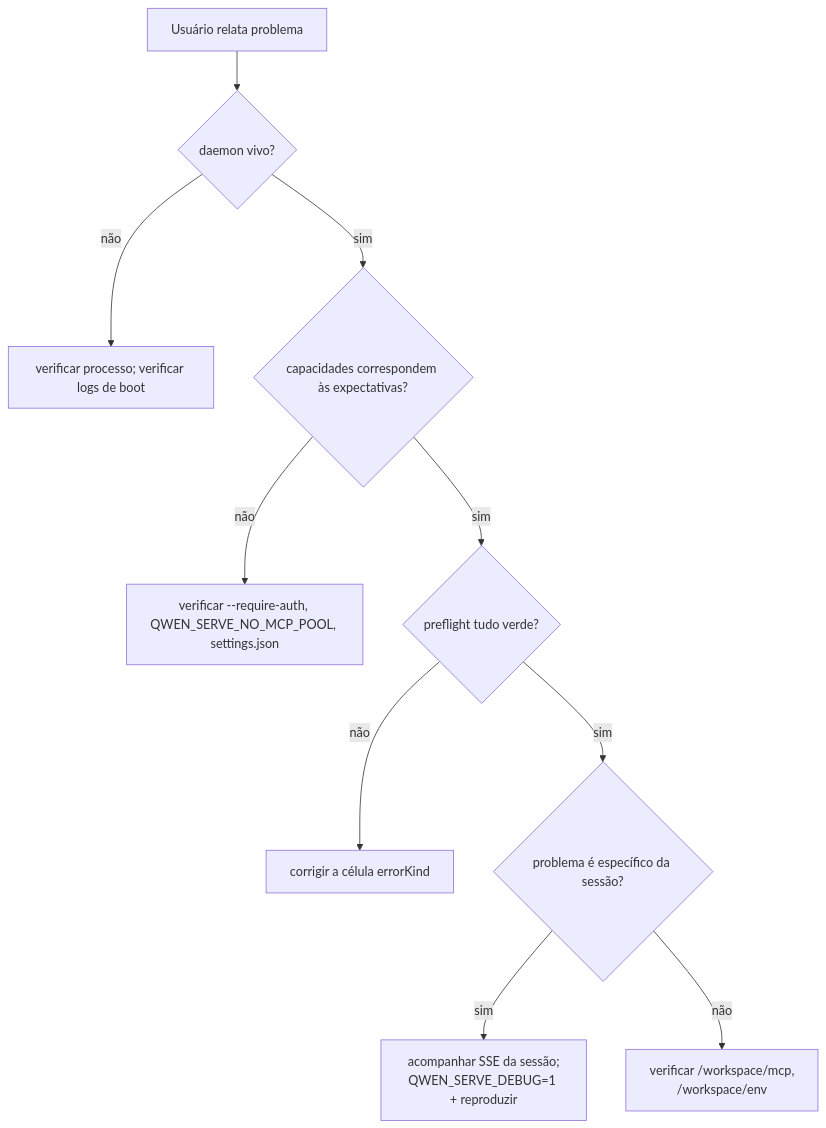
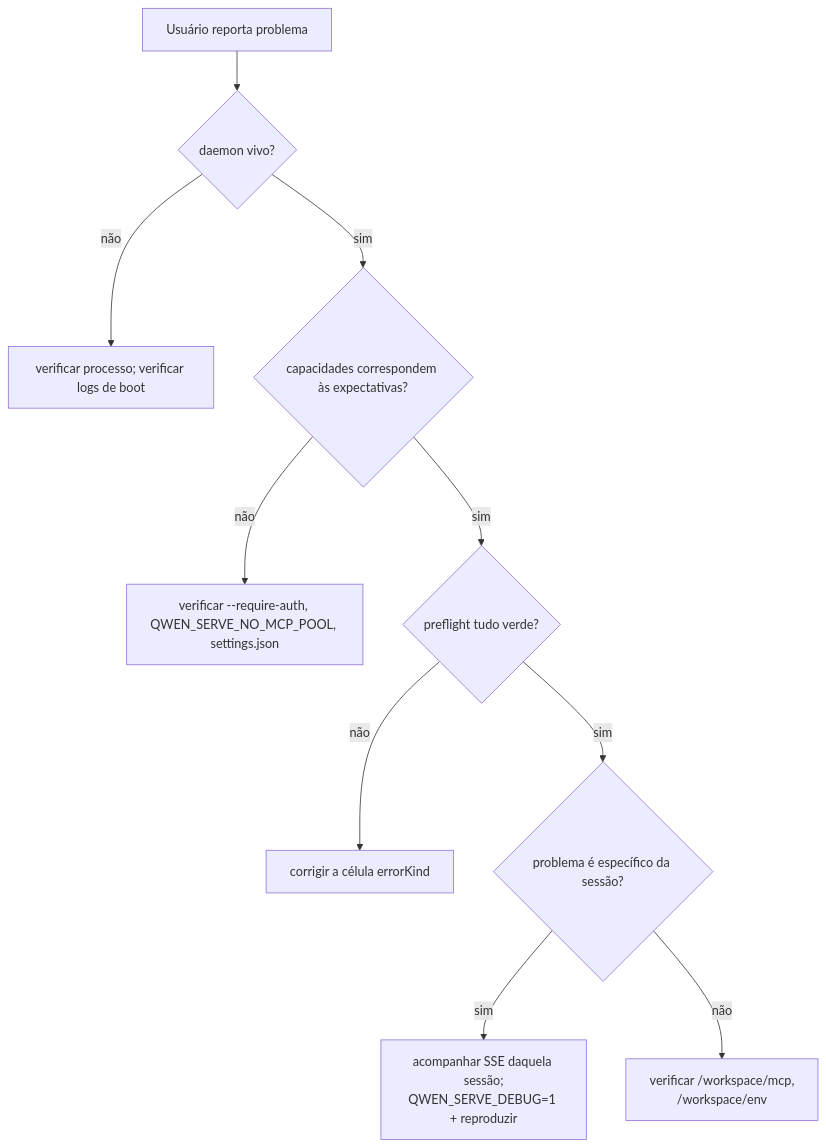
One commit to QwenLM/qwen-code-docs changed the diagram in website/content/pt-BR/developers/daemon/19-observability.md. Above: the diagram before and after it, drawn with Mermaid. The commit also changed other lines of this file and 1077 other files, not shown here.

````diff
--- a/website/content/pt-BR/developers/daemon/19-observability.md
+++ b/website/content/pt-BR/developers/daemon/19-observability.md
@@ -97,12 +98,12 @@
 ```mermaid
 flowchart TD
-    A[Usuário relata problema] --> B{daemon vivo?}
+    A[Usuário reporta problema] --> B{daemon vivo?}
     B -->|não| BD[verificar processo; verificar logs de boot]
     B -->|sim| C{capacidades correspondem às expectativas?}
     C -->|não| CD["verificar --require-auth, QWEN_SERVE_NO_MCP_POOL, settings.json"]
     C -->|sim| D{preflight tudo verde?}
     D -->|não| DD["corrigir a célula errorKind"]
     D -->|sim| E{problema é específico da sessão?}
-    E -->|sim| ES["acompanhar SSE da sessão;<br/>QWEN_SERVE_DEBUG=1 + reproduzir"]
+    E -->|sim| ES["acompanhar SSE daquela sessão;<br/>QWEN_SERVE_DEBUG=1 + reproduzir"]
     E -->|não| EW["verificar /workspace/mcp,<br/>/workspace/env"]
 ```
````
